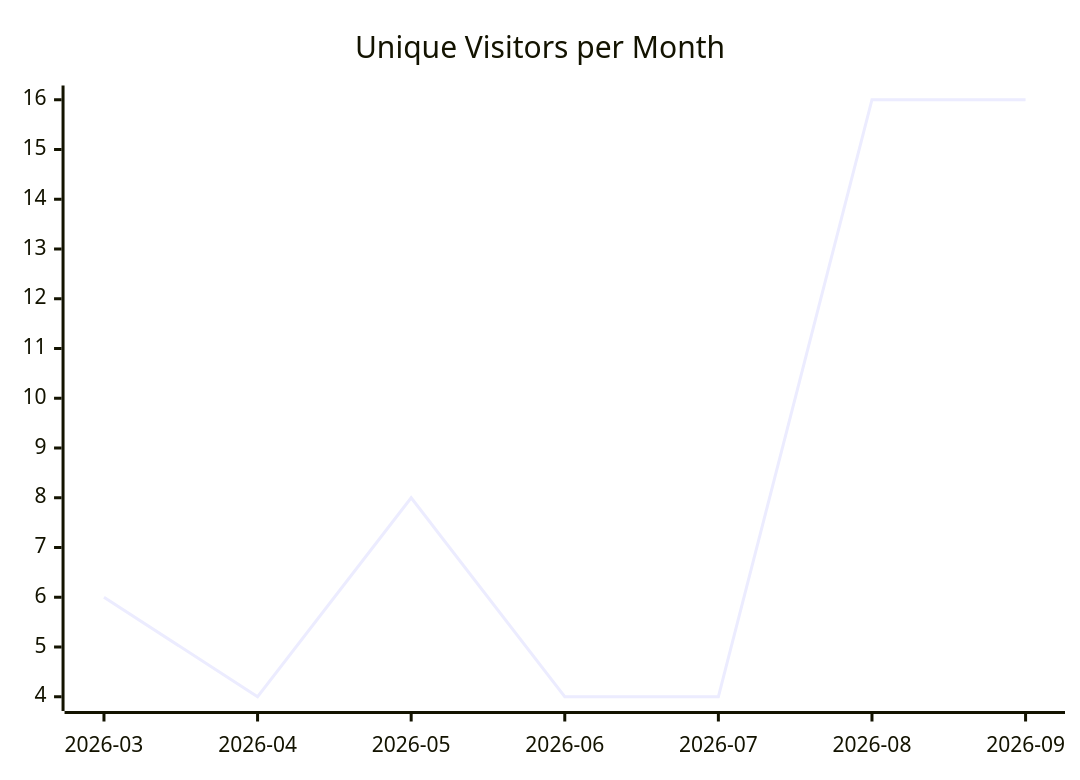
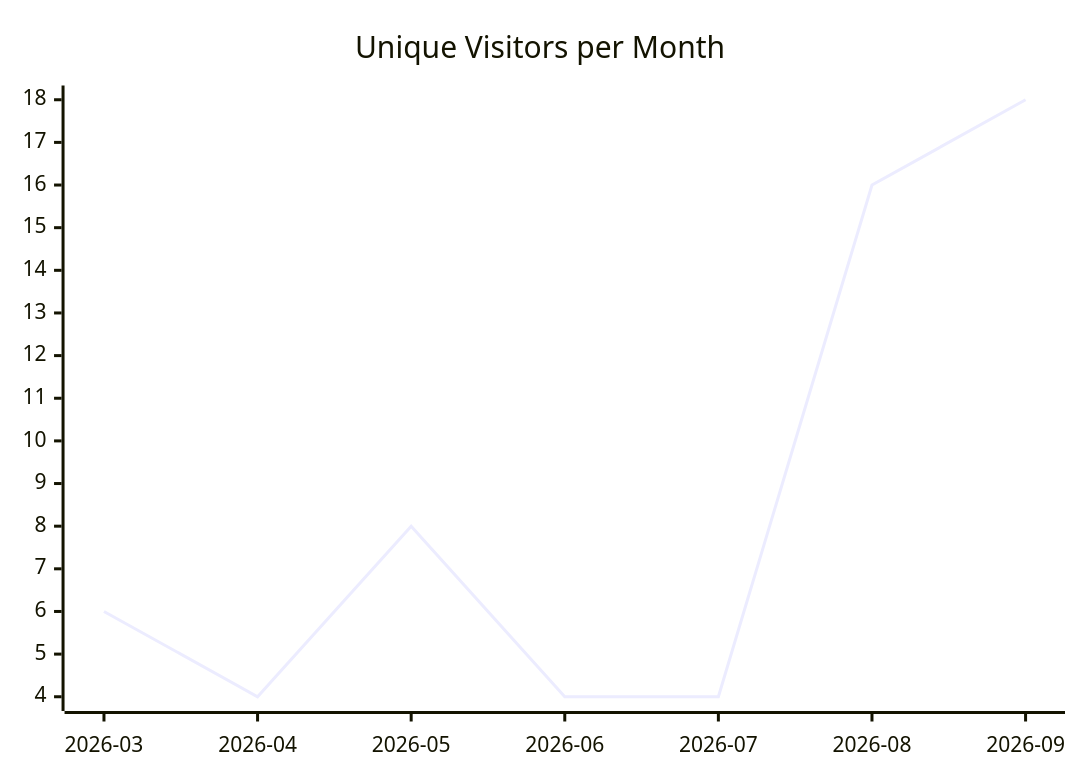
The first of 3 diagrams in karlmdavis/xmlpull/README.md (justdavis-family/github-analytics-data), drawn with Mermaid before and after one commit. The commit also changed other lines of this file and 192 other files, not shown here.

````diff
--- a/karlmdavis/xmlpull/README.md
+++ b/karlmdavis/xmlpull/README.md
@@ -5,6 +5,6 @@
 ```mermaid
 xychart-beta
   title "Unique Visitors per Month"
   x-axis ["2026-03", "2026-04", "2026-05", "2026-06", "2026-07", "2026-08", "2026-09"]
-  line [6, 4, 8, 4, 4, 16, 16]
+  line [6, 4, 8, 4, 4, 16, 18]
 ```
````
